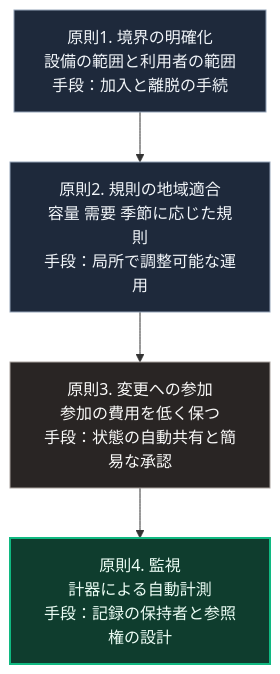
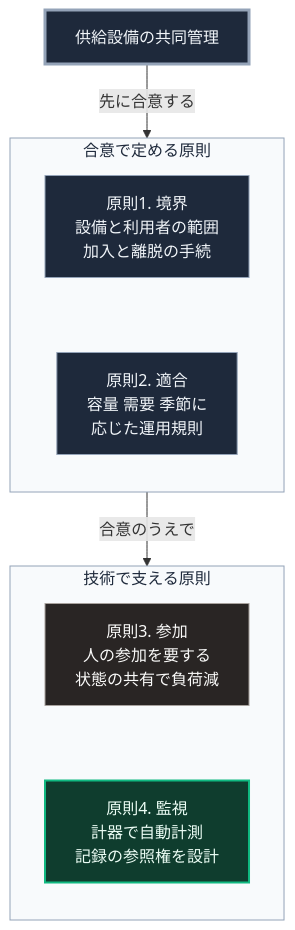
Before and after one commit to Takenori-Kusaka/zenn-content: the diagram in books/sovereign-resilience-blueprint/44_ostrom-principles-1-4-engineering.md, drawn with Mermaid. The commit also changed other lines of this file and 114 other files, not shown here.

````diff
--- a/books/sovereign-resilience-blueprint/44_ostrom-principles-1-4-engineering.md
+++ b/books/sovereign-resilience-blueprint/44_ostrom-principles-1-4-engineering.md
@@ -47,12 +47,22 @@
 ```mermaid
 flowchart TD
-    P1[原則1. 境界の明確化<br>設備の範囲と利用者の範囲<br>手段：加入と離脱の手続]
-    P1 --> P2[原則2. 規則の地域適合<br>容量 需要 季節に応じた規則<br>手段：局所で調整可能な運用]
-    P2 --> P3[原則3. 変更への参加<br>参加の費用を低く保つ<br>手段：状態の自動共有と簡易な承認]
-    P3 --> P4[原則4. 監視<br>計器による自動計測<br>手段：記録の保持者と参照権の設計]
+    Q[供給設備の共同管理]
+    Q -->|先に合意する| G1
+    subgraph G1[合意で定める原則]
+        direction TB
+        P1[原則1. 境界<br>設備と利用者の範囲<br>加入と離脱の手続] ~~~ P2[原則2. 適合<br>容量 需要 季節に<br>応じた運用規則]
+    end
+    G1 -->|合意のうえで| G2
+    subgraph G2[技術で支える原則]
+        direction TB
+        P3[原則3. 参加<br>人の参加を要する<br>状態の共有で負荷減] ~~~ P4[原則4. 監視<br>計器で自動計測<br>記録の参照権を設計]
+    end
 
+    style Q fill:#1e293b,stroke:#94a3b8,stroke-width:3px,color:#f1f5f9
     style P1 fill:#1e293b,stroke:#94a3b8,color:#f1f5f9
     style P2 fill:#1e293b,stroke:#94a3b8,color:#f1f5f9
     style P3 fill:#292524,stroke:#a8a29e,color:#fafaf9
     style P4 fill:#0f3d2e,stroke:#10b981,stroke-width:2px,color:#ecfdf5
+    style G1 fill:#f8fafc,stroke:#94a3b8,color:#1e293b
+    style G2 fill:#f8fafc,stroke:#94a3b8,color:#1e293b
 ```
````
